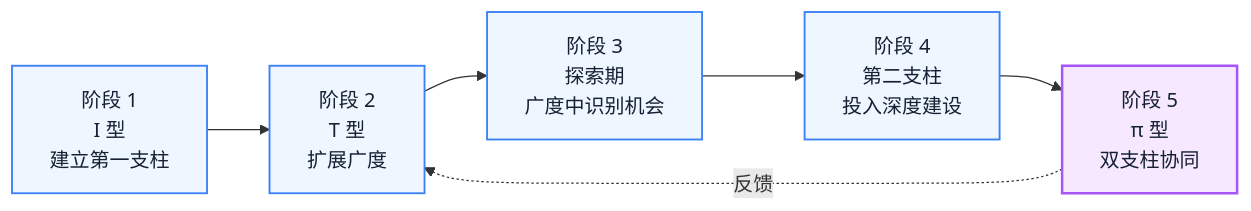
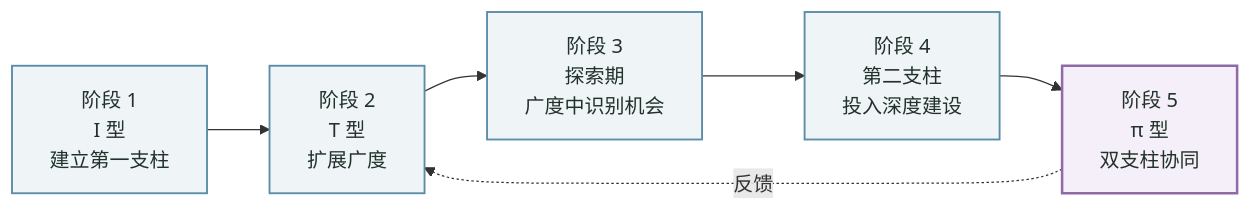
The third of 3 diagrams in docs/career/capability-model.md (Fatejian/frontier-vault), drawn with Mermaid before and after one commit. The commit also changed other lines of this file and 63 other files, not shown here.

````diff
--- a/docs/career/capability-model.md
+++ b/docs/career/capability-model.md
@@ -377,17 +377,17 @@
 ```mermaid
 flowchart LR
     P1["阶段 1<br/>I 型<br/>建立第一支柱"]
     P2["阶段 2<br/>T 型<br/>扩展广度"]
     P3["阶段 3<br/>探索期<br/>广度中识别机会"]
     P4["阶段 4<br/>第二支柱<br/>投入深度建设"]
     P5["阶段 5<br/>π 型<br/>双支柱协同"]
 
     P1 --> P2 --> P3 --> P4 --> P5
     P5 -. 反馈 .-> P2
 
-    classDef wait fill:#EEF6FF,stroke:#3B82F6,color:#172033,stroke-width:1.5px;
-    classDef metric fill:#F5E8FF,stroke:#A855F7,color:#172033,stroke-width:2px;
+    classDef wait fill:#EFF5F7,stroke:#5B8CA8,color:#22322B,stroke-width:1.5px;
+    classDef metric fill:#F4EFF8,stroke:#8E6BA8,color:#22322B,stroke-width:2px;
 
     class P1,P2,P3,P4 wait;
     class P5 metric;
 ```
````
